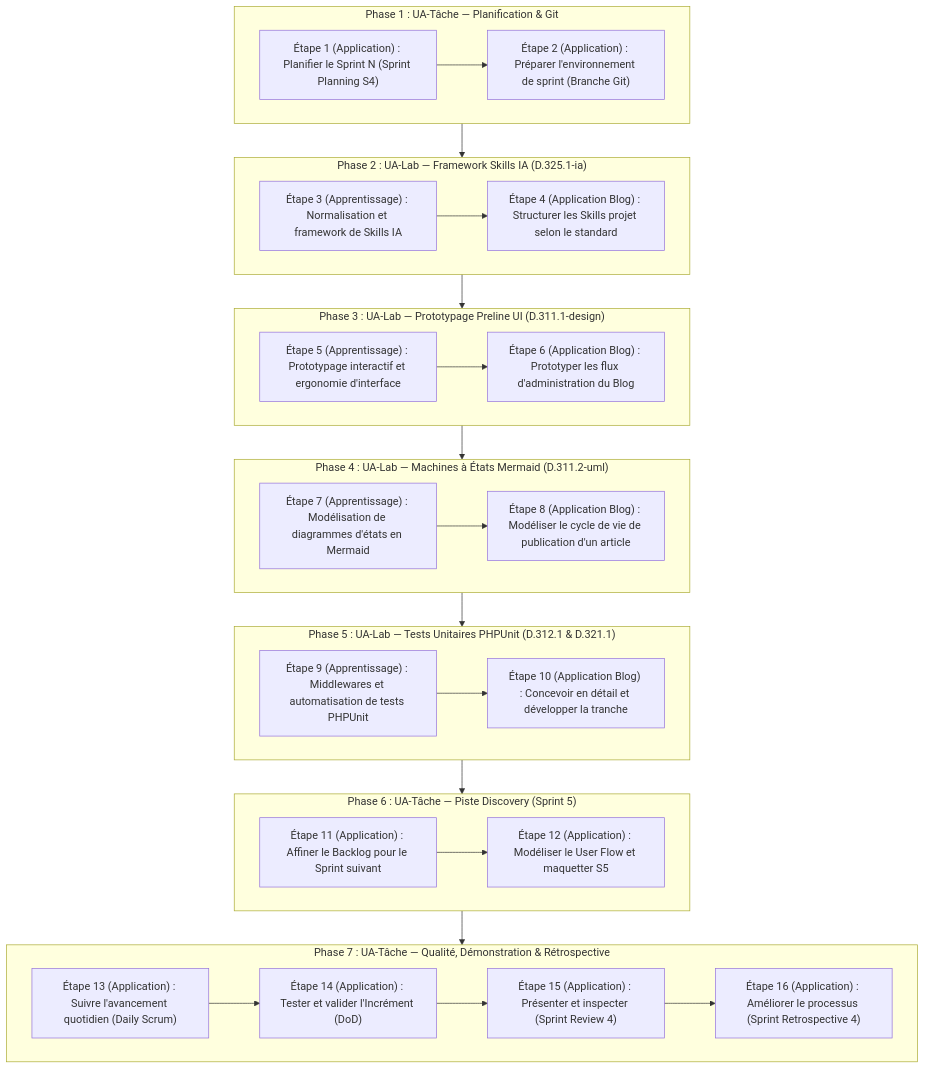
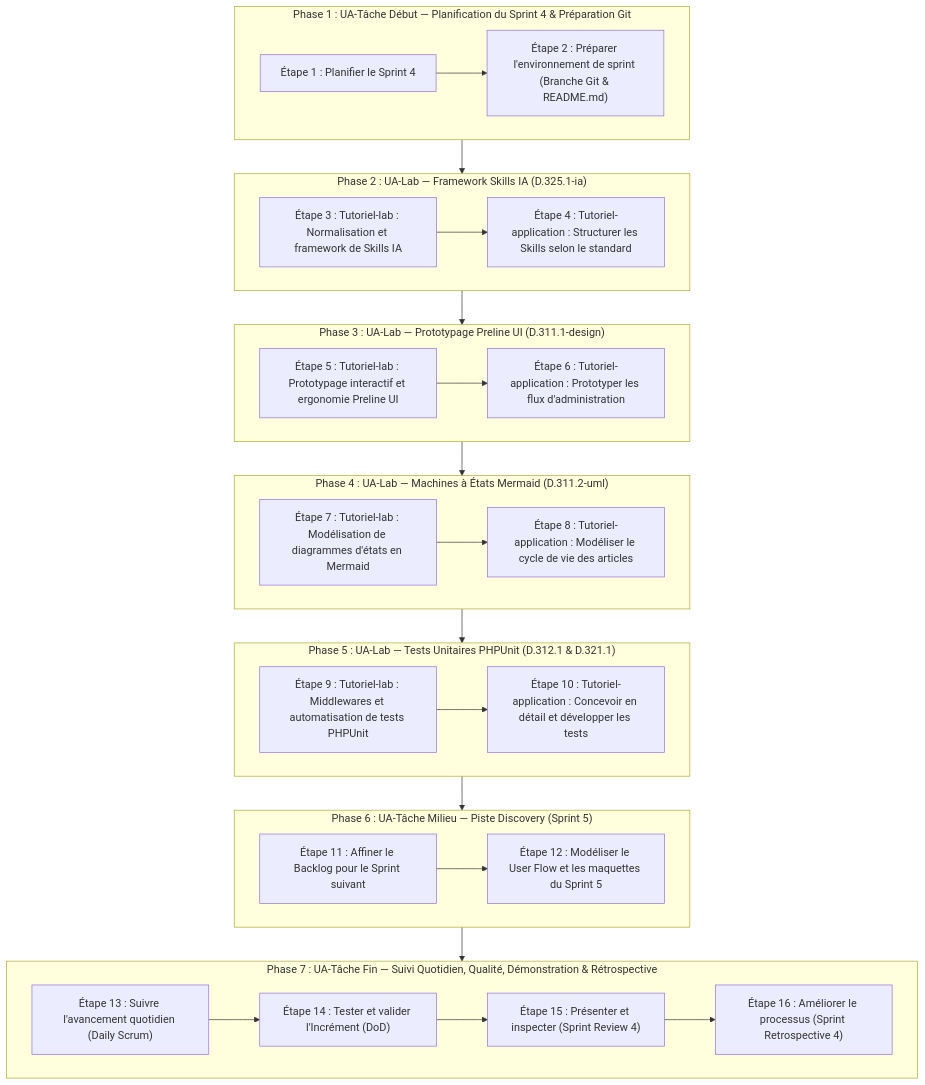
Before and after one commit to labs-web/projet-imiation-n3: the diagram in flux-travail/sessions/flux-travail-s4.md, drawn with Mermaid. The commit also changed other lines of this file and 9 other files, not shown here.

````diff
--- a/flux-travail/sessions/flux-travail-s4.md
+++ b/flux-travail/sessions/flux-travail-s4.md
@@ -59,48 +59,48 @@
 ```mermaid
 flowchart TD
-    subgraph P1 ["Phase 1 : UA-Tâche — Planification & Git"]
-        E1["Étape 1 (Application) : Planifier le Sprint N (Sprint Planning S4)"]
-        E2["Étape 2 (Application) : Préparer l'environnement de sprint (Branche Git)"]
+    subgraph P1 ["Phase 1 : UA-Tâche Début — Planification du Sprint 4 & Préparation Git"]
+        E1["Étape 1 : Planifier le Sprint 4"]
+        E2["Étape 2 : Préparer l'environnement de sprint (Branche Git & README.md)"]
         E1 --> E2
     end
 
     subgraph P2 ["Phase 2 : UA-Lab — Framework Skills IA (D.325.1-ia)"]
-        E3["Étape 3 (Apprentissage) : Normalisation et framework de Skills IA"]
-        E4["Étape 4 (Application Blog) : Structurer les Skills projet selon le standard"]
+        E3["Étape 3 : Tutoriel-lab : Normalisation et framework de Skills IA"]
+        E4["Étape 4 : Tutoriel-application : Structurer les Skills selon le standard"]
         E3 --> E4
     end
 
     subgraph P3 ["Phase 3 : UA-Lab — Prototypage Preline UI (D.311.1-design)"]
-        E5["Étape 5 (Apprentissage) : Prototypage interactif et ergonomie d'interface"]
-        E6["Étape 6 (Application Blog) : Prototyper les flux d'administration du Blog"]
+        E5["Étape 5 : Tutoriel-lab : Prototypage interactif et ergonomie Preline UI"]
+        E6["Étape 6 : Tutoriel-application : Prototyper les flux d'administration"]
         E5 --> E6
     end
 
     subgraph P4 ["Phase 4 : UA-Lab — Machines à États Mermaid (D.311.2-uml)"]
-        E7["Étape 7 (Apprentissage) : Modélisation de diagrammes d'états en Mermaid"]
-        E8["Étape 8 (Application Blog) : Modéliser le cycle de vie de publication d'un article"]
+        E7["Étape 7 : Tutoriel-lab : Modélisation de diagrammes d'états en Mermaid"]
+        E8["Étape 8 : Tutoriel-application : Modéliser le cycle de vie des articles"]
         E7 --> E8
     end
 
     subgraph P5 ["Phase 5 : UA-Lab — Tests Unitaires PHPUnit (D.312.1 & D.321.1)"]
-        E9["Étape 9 (Apprentissage) : Middlewares et automatisation de tests PHPUnit"]
-        E10["Étape 10 (Application Blog) : Concevoir en détail et développer la tranche"]
+        E9["Étape 9 : Tutoriel-lab : Middlewares et automatisation de tests PHPUnit"]
+        E10["Étape 10 : Tutoriel-application : Concevoir en détail et développer les tests"]
         E9 --> E10
     end
 
-    subgraph P6 ["Phase 6 : UA-Tâche — Piste Discovery (Sprint 5)"]
-        E11["Étape 11 (Application) : Affiner le Backlog pour le Sprint suivant"]
-        E12["Étape 12 (Application) : Modéliser le User Flow et maquetter S5"]
+    subgraph P6 ["Phase 6 : UA-Tâche Milieu — Piste Discovery (Sprint 5)"]
+        E11["Étape 11 : Affiner le Backlog pour le Sprint suivant"]
+        E12["Étape 12 : Modéliser le User Flow et les maquettes du Sprint 5"]
         E11 --> E12
     end
 
-    subgraph P7 ["Phase 7 : UA-Tâche — Qualité, Démonstration & Rétrospective"]
-        E13["Étape 13 (Application) : Suivre l'avancement quotidien (Daily Scrum)"]
-        E14["Étape 14 (Application) : Tester et valider l'Incrément (DoD)"]
-        E15["Étape 15 (Application) : Présenter et inspecter (Sprint Review 4)"]
-        E16["Étape 16 (Application) : Améliorer le processus (Sprint Retrospective 4)"]
+    subgraph P7 ["Phase 7 : UA-Tâche Fin — Suivi Quotidien, Qualité, Démonstration & Rétrospective"]
+        E13["Étape 13 : Suivre l'avancement quotidien (Daily Scrum)"]
+        E14["Étape 14 : Tester et valider l'Incrément (DoD)"]
+        E15["Étape 15 : Présenter et inspecter (Sprint Review 4)"]
+        E16["Étape 16 : Améliorer le processus (Sprint Retrospective 4)"]
         E13 --> E14 --> E15 --> E16
     end
 
     P1 --> P2 --> P3 --> P4 --> P5 --> P6 --> P7
 ```
````
